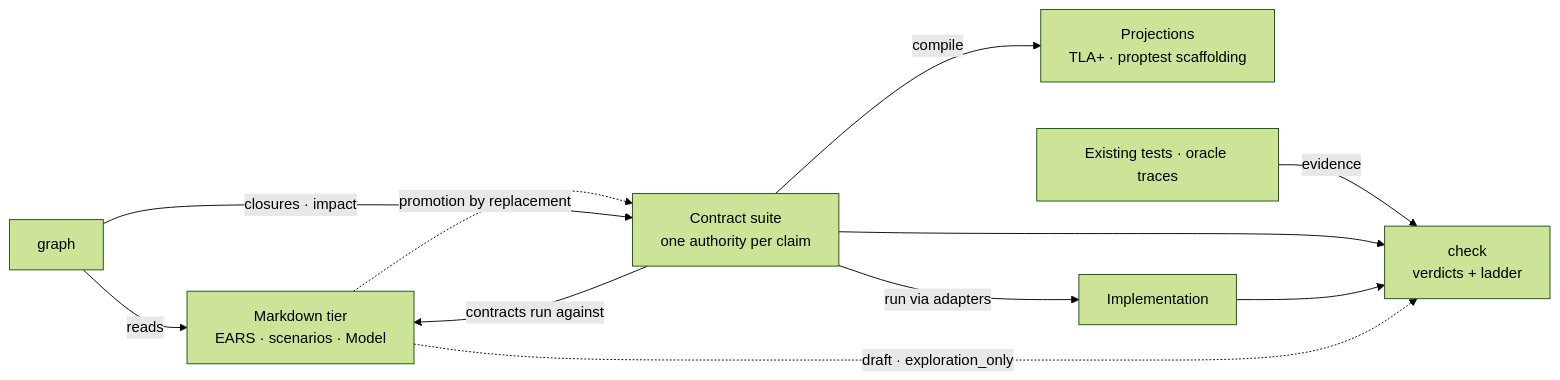
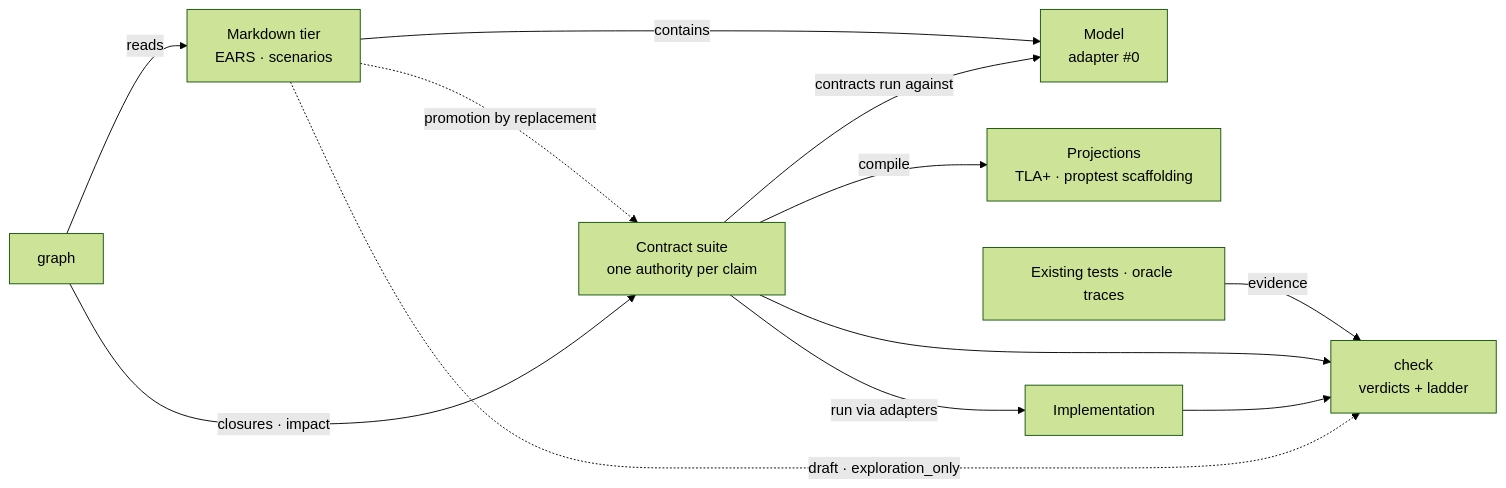
One commit to charly-vibes/specodelic changed the diagram in .wai/projects/specodelic/research/2026-11-16-2026-11-16-authority-lattice-problems-goals.md. Above: the diagram before and after it, drawn with Mermaid (forest theme). The commit also changed other lines of this file and 1 other file, not shown here.

First line of the commit message:
docs(wai): apply Rule-of-5 corrections to the authority-lattice research

````diff
--- a/.wai/projects/specodelic/research/2026-11-16-2026-11-16-authority-lattice-problems-goals.md
+++ b/.wai/projects/specodelic/research/2026-11-16-2026-11-16-authority-lattice-problems-goals.md
@@ -90,13 +91,14 @@
 ```mermaid
 flowchart LR
-  MD[Markdown tier<br/>EARS · scenarios · Model] -.->|promotion by replacement| CS[Contract suite<br/>one authority per claim]
-  CS -->|contracts run against| MD
+  MD[Markdown tier<br/>EARS · scenarios] -.->|promotion by replacement| CS[Contract suite<br/>one authority per claim]
+  MD -->|contains| M[Model<br/>adapter #0]
+  CS -->|contracts run against| M
   CS -->|compile| PR[Projections<br/>TLA+ · proptest scaffolding]
   CS -->|run via adapters| IM[Implementation]
   EX[Existing tests · oracle traces] -->|evidence| CK[check<br/>verdicts + ladder]
   CS --> CK
   IM --> CK
   MD -.->|draft · exploration_only| CK
   GR[graph] -->|closures · impact| CS
   GR -->|reads| MD
 ```
````
